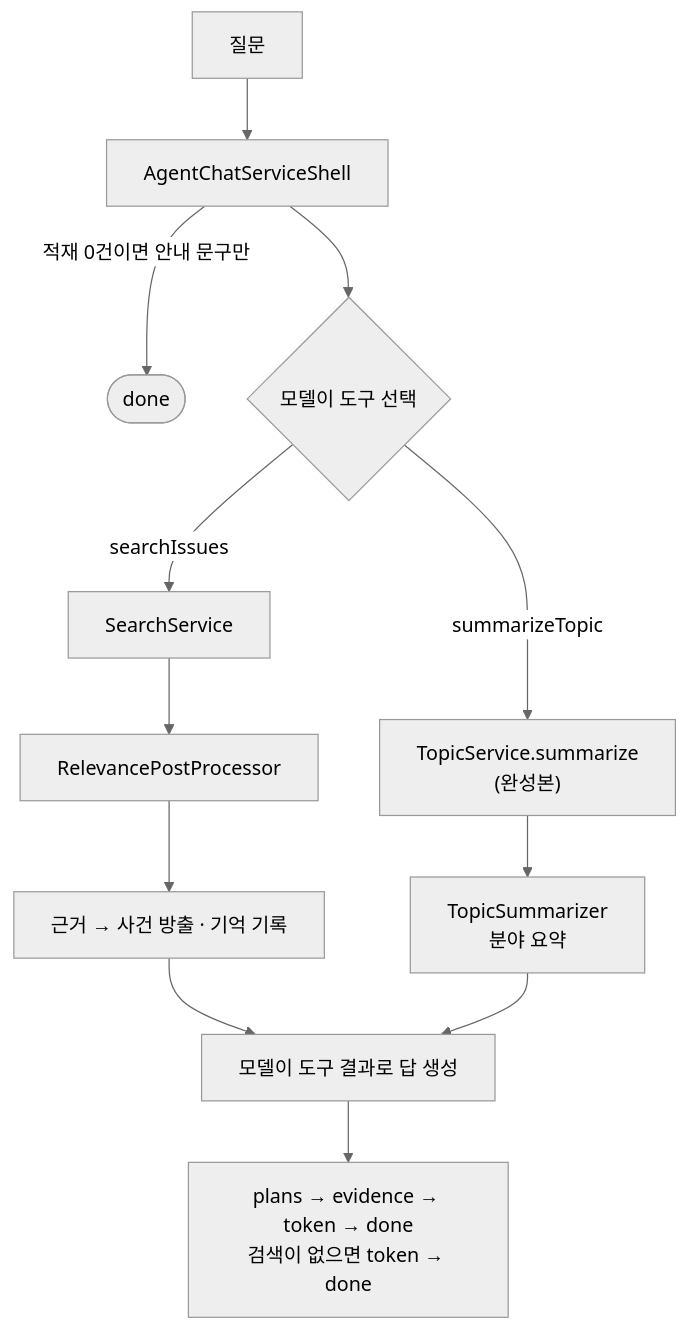
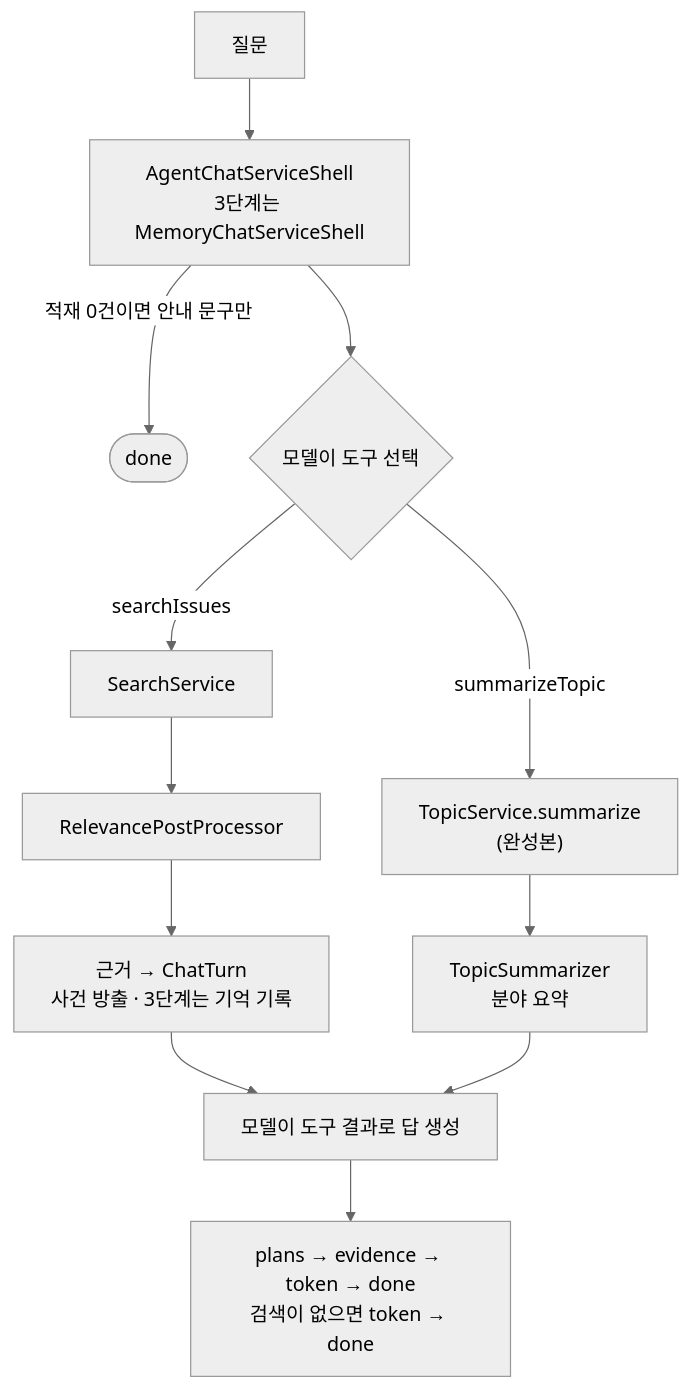
The sixth of 8 diagrams in docs/02-전체-구조.md (vonkernel/spring-ai-course-hands-on), drawn with Mermaid (neutral theme) before and after one commit. The commit also changed other lines of this file and 14 other files, not shown here.

Commit message:
도구 결과의 기억 기록을 ChatTurn 으로 옮겨 IssueTools 를 기억과 분리하고, 대화 기억은 AgentChatServiceShell 을 상속한 MemoryChatServiceShell 이 더하게 한다

````diff
--- a/docs/02-전체-구조.md
+++ b/docs/02-전체-구조.md
@@ -217,14 +221,14 @@
 ```mermaid
 flowchart TD
-    Q["질문"] --> CS["AgentChatServiceShell"]
+    Q["질문"] --> CS["AgentChatServiceShell<br/>3단계는 MemoryChatServiceShell"]
     CS -->|"적재 0건이면 안내 문구만"| END(["done"])
     CS --> SEL{"모델이 도구 선택"}
     SEL -->|searchIssues| SS["SearchService"]
     SS --> RP["RelevancePostProcessor"]
-    RP --> EV["근거 → 사건 방출 · 기억 기록"]
+    RP --> EV["근거 → ChatTurn<br/>사건 방출 · 3단계는 기억 기록"]
     EV --> ANS["모델이 도구 결과로 답 생성"]
     SEL -->|summarizeTopic| TS["TopicService.summarize<br/>(완성본)"]
     TS --> SUM["TopicSummarizer<br/>분야 요약"]
     SUM --> ANS
     ANS --> SSE["plans → evidence → token → done<br/>검색이 없으면 token → done"]
 ```
````
